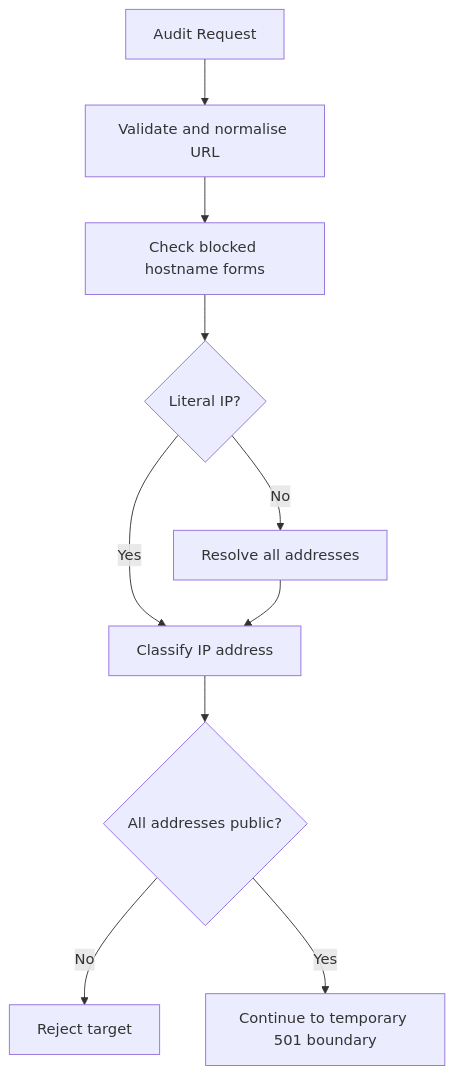
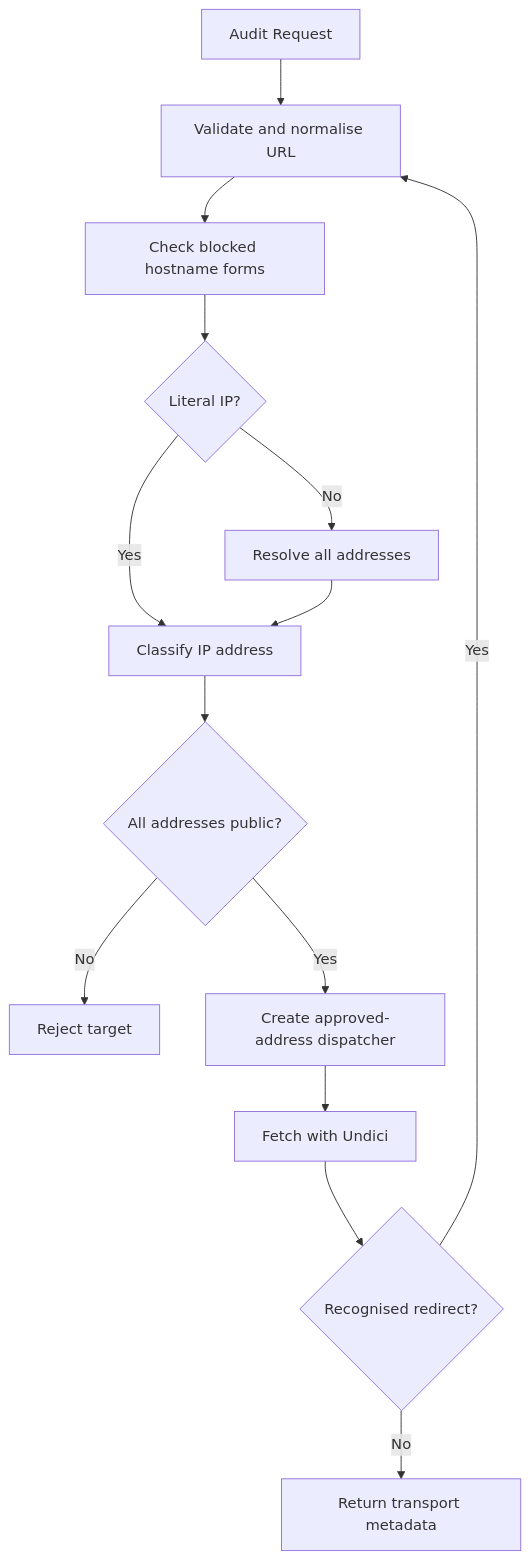
The diagram in README.md (shivaydwivedi/PagePulse), drawn with Mermaid before and after one commit. The commit also changed other lines of this file and 20 other files, not shown here.

Commit message:
feat: add safe HTTP audit transport

````diff
--- a/README.md
+++ b/README.md
@@ -211,12 +223,16 @@
 ```mermaid
 flowchart TD
     Request["Audit Request"] --> Validate["Validate and normalise URL"]
     Validate --> HostCheck["Check blocked hostname forms"]
     HostCheck --> Literal{"Literal IP?"}
     Literal -->|Yes| IPCheck["Classify IP address"]
     Literal -->|No| DNS["Resolve all addresses"]
     DNS --> IPCheck
     IPCheck --> Safe{"All addresses public?"}
     Safe -->|No| Block["Reject target"]
-    Safe -->|Yes| Continue["Continue to temporary 501 boundary"]
+    Safe -->|Yes| Dispatcher["Create approved-address dispatcher"]
+    Dispatcher --> Fetch["Fetch with Undici"]
+    Fetch --> Redirect{"Recognised redirect?"}
+    Redirect -->|Yes| Validate
+    Redirect -->|No| Transport["Return transport metadata"]
 ```
````
